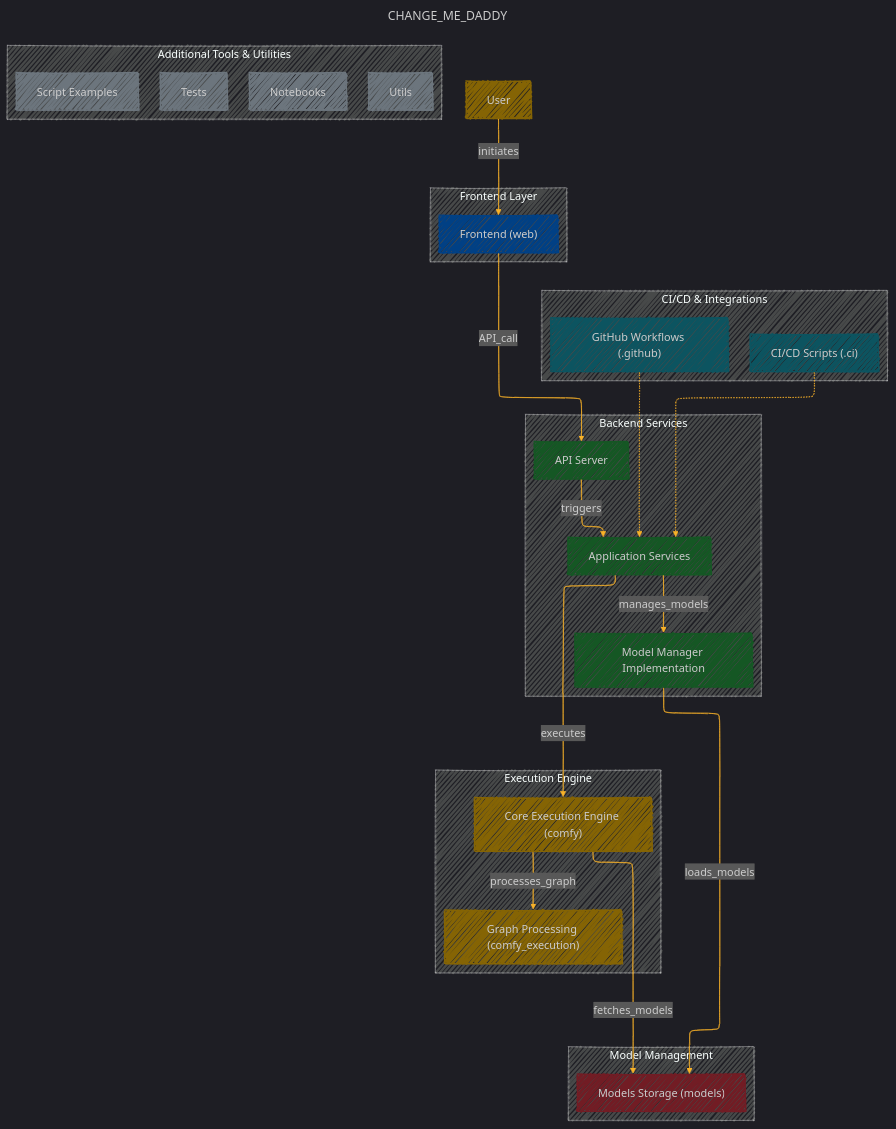
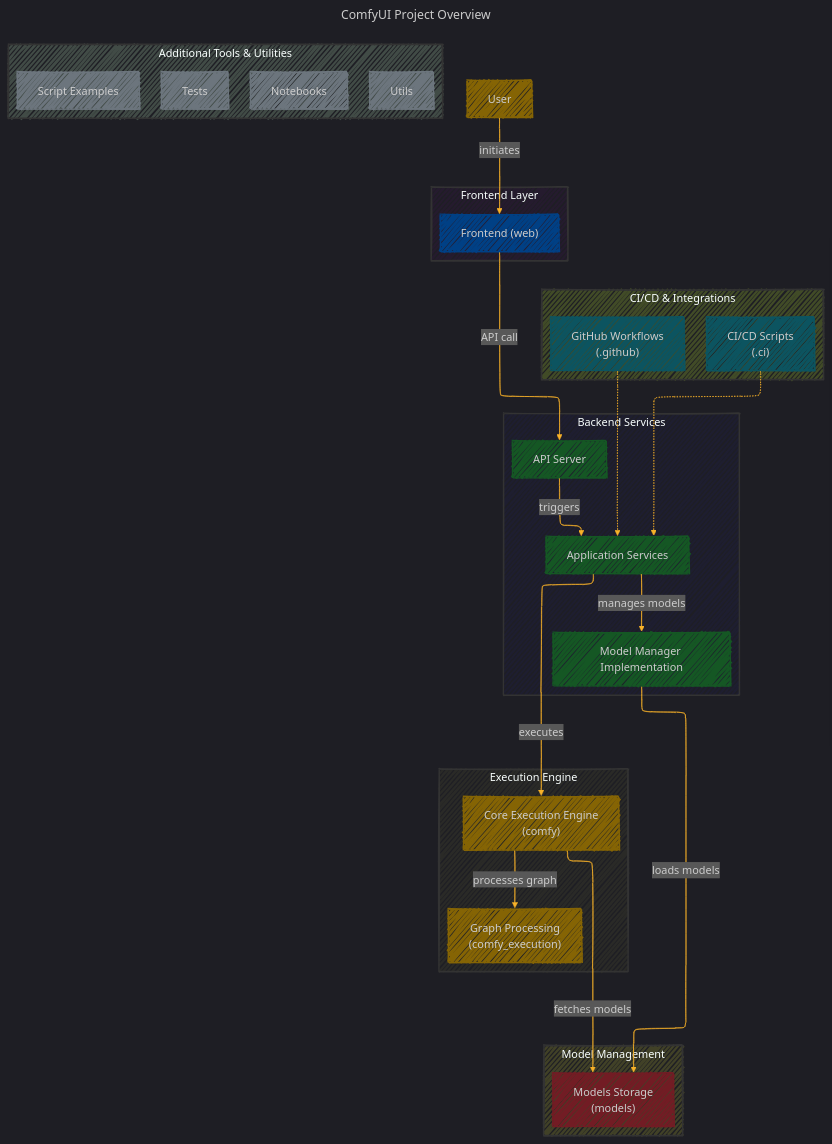
Before and after one commit to CongLeSolutionX/Synthetic-Zooniverse: the diagram in ComfyUI/ComfyUI_Project_Overview.md, drawn with Mermaid. The commit also changed other lines of this file, not shown here.

Commit message:
update notes

````diff
--- a/ComfyUI/ComfyUI_Project_Overview.md
+++ b/ComfyUI/ComfyUI_Project_Overview.md
@@ -31,6 +28,6 @@
 ```mermaid
 ---
-title: "CHANGE_ME_DADDY"
+title: "ComfyUI Project Overview"
 config:
   layout: elk
   look: handDrawn
@@ -53,36 +50,42 @@
     USR["User"]:::external
 
     %% Frontend Layer
-    subgraph "Frontend Layer"
+    subgraph Frontend_Layer["Frontend Layer"]
+    style Frontend_Layer fill:#4153,stroke:#333,stroke-width:2px
         FE["Frontend (web)"]:::frontend
     end
 
     %% Backend Services
-    subgraph "Backend Services"
+    subgraph Backend_Services["Backend Services"]
+    style Backend_Services fill:#22c1,stroke:#333,stroke-width:2px
         AS["API Server"]:::backend
         APS["Application Services"]:::backend
         MM["Model Manager Implementation"]:::backend
     end
 
     %% Execution Engine
-    subgraph "Execution Engine"
-        CE["Core Execution Engine (comfy)"]:::execution
-        GP["Graph Processing (comfy_execution)"]:::execution
+    subgraph Execution_Engine["Execution Engine"]
+    style Execution_Engine fill:#cc51,stroke:#333,stroke-width:2px
+        CE["Core Execution Engine<br>(comfy)"]:::execution
+        GP["Graph Processing<br>(comfy_execution)"]:::execution
     end
 
     %% Model Management
-    subgraph "Model Management"
-        MS["Models Storage (models)"]:::storage
+    subgraph Model_Management["Model Management"]
+    style Model_Management fill:#cc33,stroke:#333,stroke-width:2px
+        MS["Models Storage<br>(models)"]:::storage
     end
 
     %% CI/CD and Integrations
-    subgraph "CI/CD & Integrations"
-        CI["CI/CD Scripts (.ci)"]:::cicd
-        GH["GitHub Workflows (.github)"]:::cicd
+    subgraph CI_CD_and_Integrations["CI/CD & Integrations"]
+    style CI_CD_and_Integrations fill:#cf33,stroke:#333,stroke-width:2px
+        CI["CI/CD Scripts<br>(.ci)"]:::cicd
+        GH["GitHub Workflows<br>(.github)"]:::cicd
     end
 
     %% Additional Tools and Utilities
-    subgraph "Additional Tools & Utilities"
+    subgraph Additional_Tools_and_Utilities["Additional Tools & Utilities"]
+    style Additional_Tools_and_Utilities fill:#cfc3,stroke:#333,stroke-width:2px
         TST["Tests"]:::tools
         NB["Notebooks"]:::tools
         SE["Script Examples"]:::tools
@@ -91,13 +94,13 @@
 
     %% Data Flow Connections
     USR -->|"initiates"| FE
-    FE -->|"API_call"| AS
+    FE -->|"API call"| AS
     AS -->|"triggers"| APS
     APS -->|"executes"| CE
-    CE -->|"processes_graph"| GP
-    APS -->|"manages_models"| MM
-    MM -->|"loads_models"| MS
-    CE -->|"fetches_models"| MS
+    CE -->|"processes graph"| GP
+    APS -->|"manages models"| MM
+    MM -->|"loads models"| MS
+    CE -->|"fetches models"| MS
 
     %% CI/CD Integration (dashed to indicate external support)
     CI -.-> APS
@@ -126,5 +129,5 @@
     click NB "https://github.com/comfyanonymous/comfyui/tree/master/notebooks"
     click SE "https://github.com/comfyanonymous/comfyui/tree/master/script_examples"
     click UT "https://github.com/comfyanonymous/comfyui/tree/master/utils"
-     
+    
 ```
````
